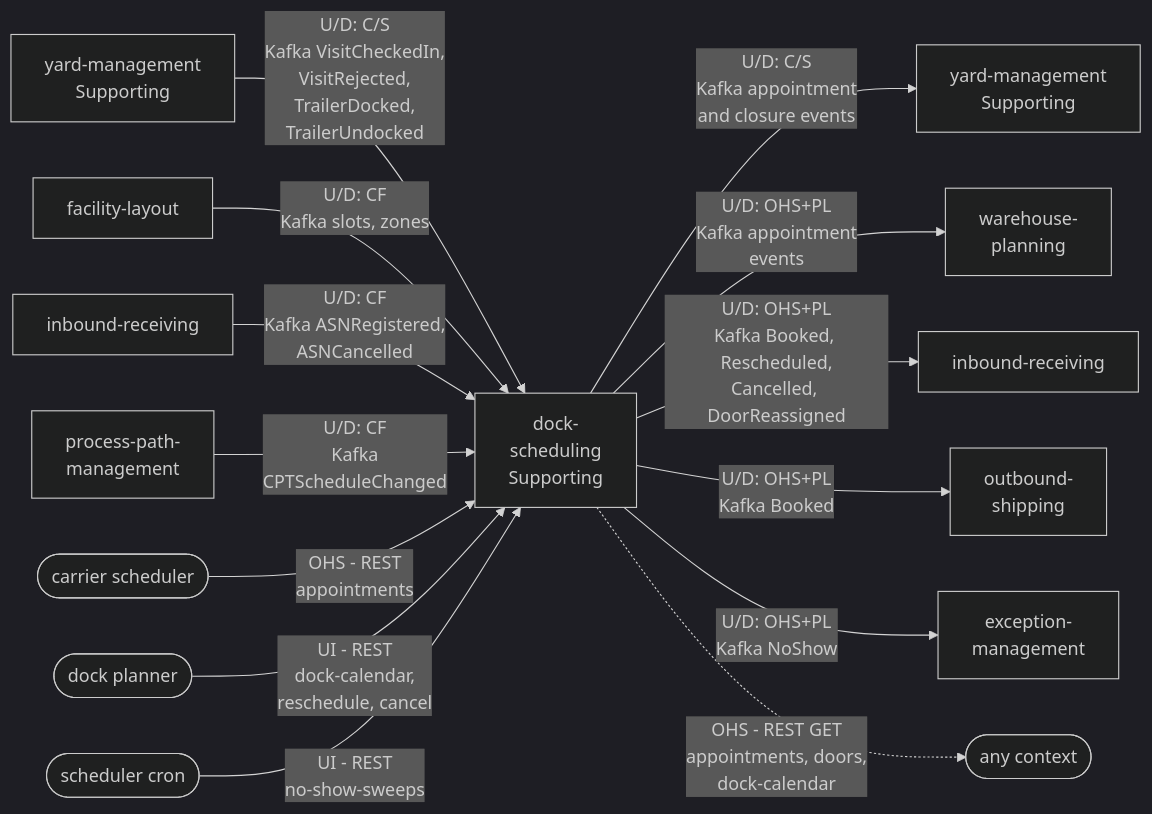
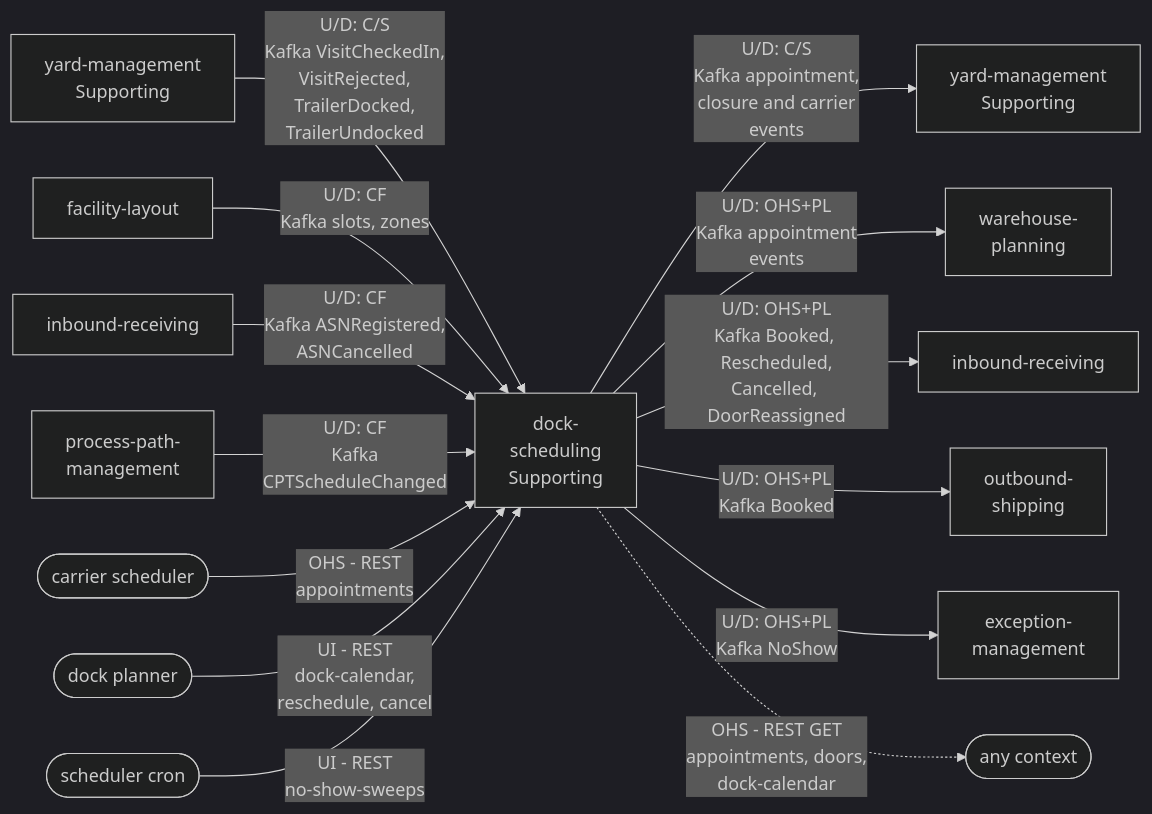
Before and after one commit to IQVO/dock-scheduling: the diagram in docs/docs/ddd/context-map.md, drawn with Mermaid (dark theme). The commit also changed other lines of this file and 6 other files, not shown here.

First line of the commit message:
docs(dock-scheduling): reconcile consumer lists and carrier events with the code

````diff
--- a/docs/docs/ddd/context-map.md
+++ b/docs/docs/ddd/context-map.md
@@ -16,31 +16,31 @@
 ```mermaid
 flowchart LR
     YM1["yard-management<br/>Supporting"]
     FL["facility-layout"]
     IR1["inbound-receiving"]
     PP["process-path-<br/>management"]
     CS(["carrier scheduler"])
     DP(["dock planner"])
     CR(["scheduler cron"])
     DS["dock-<br/>scheduling<br/>Supporting"]
     YM2["yard-management<br/>Supporting"]
     WP["warehouse-<br/>planning"]
     IR2["inbound-receiving"]
     EM["exception-<br/>management"]
     OS["outbound-<br/>shipping"]
     ANY(["any context"])
 
     YM1 -->|"U/D: C/S<br/>Kafka VisitCheckedIn,<br/>VisitRejected,<br/>TrailerDocked,<br/>TrailerUndocked"| DS
     FL -->|"U/D: CF<br/>Kafka slots, zones"| DS
     IR1 -->|"U/D: CF<br/>Kafka ASNRegistered,<br/>ASNCancelled"| DS
     PP -->|"U/D: CF<br/>Kafka<br/>CPTScheduleChanged"| DS
     CS -->|"OHS - REST<br/>appointments"| DS
     DP -->|"UI - REST<br/>dock-calendar,<br/>reschedule, cancel"| DS
     CR -->|"UI - REST<br/>no-show-sweeps"| DS
-    DS -->|"U/D: C/S<br/>Kafka appointment<br/>and closure events"| YM2
+    DS -->|"U/D: C/S<br/>Kafka appointment,<br/>closure and carrier<br/>events"| YM2
     DS -->|"U/D: OHS+PL<br/>Kafka appointment<br/>events"| WP
     DS -->|"U/D: OHS+PL<br/>Kafka Booked, Rescheduled,<br/>Cancelled, DoorReassigned"| IR2
     DS -->|"U/D: OHS+PL<br/>Kafka Booked"| OS
     DS -->|"U/D: OHS+PL<br/>Kafka NoShow"| EM
     DS -.->|"OHS - REST GET<br/>appointments, doors,<br/>dock-calendar"| ANY
 ```
````
